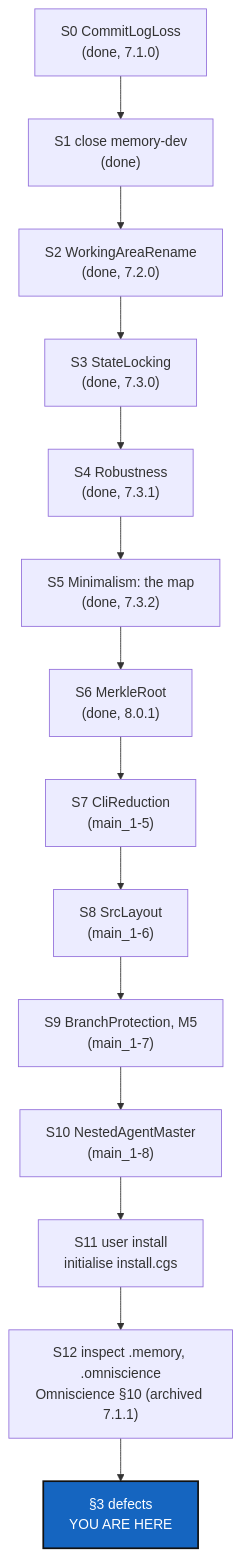
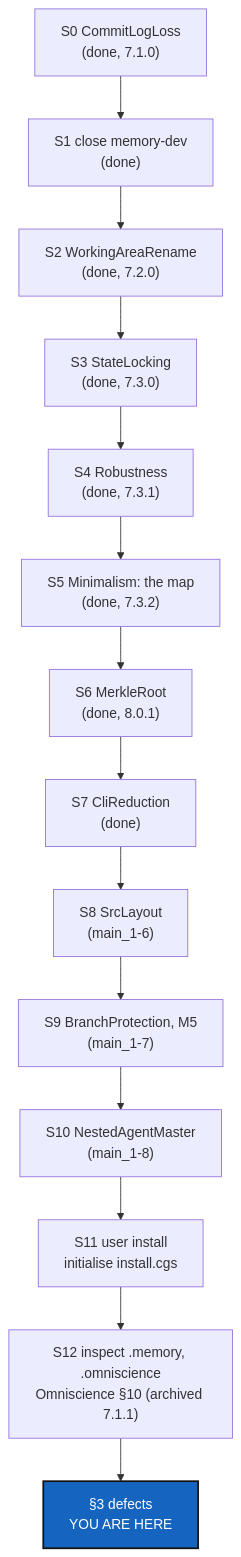
The diagram in DevTickets/openTickets/main_1-1_BeforeBeta_DevPlanTicket.md (flipoyo/.dev), drawn with Mermaid before and after one commit. The commit also changed other lines of this file and 2 other files, not shown here.

Commit message:
cgitsync-8.0.2 submodules import now needs --dry-run or --now (submodules report is gone, bare import no longer converts), unlock, verify repair and release freeze --dry-run go through the client, and 14 unused names are removed with their tests.

````diff
--- a/DevTickets/openTickets/main_1-1_BeforeBeta_DevPlanTicket.md
+++ b/DevTickets/openTickets/main_1-1_BeforeBeta_DevPlanTicket.md
@@ -147,19 +147,19 @@
 ```mermaid
 graph TD
     S0["S0 CommitLogLoss<br/>(done, 7.1.0)"] --> S1["S1 close memory-dev<br/>(done)"]
     S1 --> S2["S2 WorkingAreaRename<br/>(done, 7.2.0)"]
     S2 --> S3["S3 StateLocking<br/>(done, 7.3.0)"]
     S3 --> S4["S4 Robustness<br/>(done, 7.3.1)"]
     S4 --> S5["S5 Minimalism: the map<br/>(done, 7.3.2)"]
     S5 --> S6["S6 MerkleRoot<br/>(done, 8.0.1)"]
-    S6 --> S7["S7 CliReduction<br/>(main_1-5)"]
+    S6 --> S7["S7 CliReduction<br/>(done)"]
     S7 --> S8["S8 SrcLayout<br/>(main_1-6)"]
     S8 --> S9["S9 BranchProtection, M5<br/>(main_1-7)"]
     S9 --> S10["S10 NestedAgentMaster<br/>(main_1-8)"]
     S10 --> S11["S11 user install<br/>initialise install.cgs"]
     S11 --> S12["S12 inspect .memory, .omniscience<br/>Omniscience §10 (archived 7.1.1)"]
     S12 --> R["§3 defects<br/>YOU ARE HERE"]
 
     classDef here fill:#1565C0,color:#fff,stroke:#111,stroke-width:2px;
     class R here;
 ```
````
